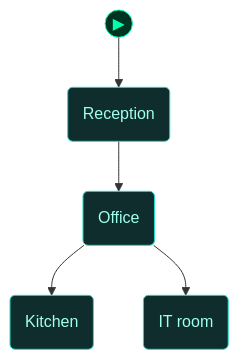
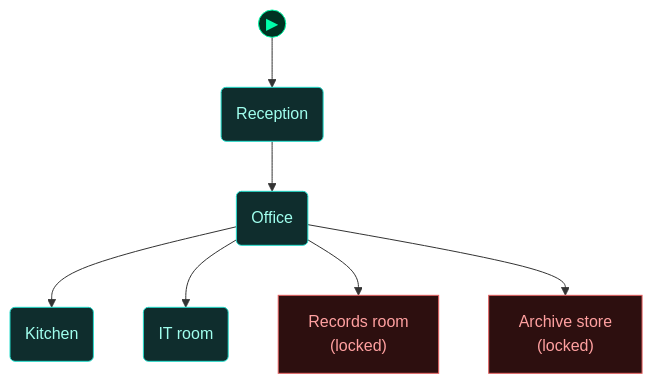
Before and after one commit to cliffe/BreakEscape: the fourth of 5 diagrams in scenarios/demo_ops_second_step/dungeon_graph.md, drawn with Mermaid. The commit also changed other lines of this file and 14 other files, not shown here.

Commit message:
Ops showcase second_step S-8c: second step on locks append (records room, archive store, safe, case, M14 to M17, tests)

````diff
--- a/scenarios/demo_ops_second_step/dungeon_graph.md
+++ b/scenarios/demo_ops_second_step/dungeon_graph.md
@@ -322,33 +372,38 @@
 ```mermaid
 flowchart TD
 
   classDef room      fill:#0f2d2d,stroke:#22ddcc,color:#a0ffee
   classDef lock      fill:#2d0f0f,stroke:#e66060,color:#ffa0a0
   classDef key       fill:#2d0812,stroke:#e66060,color:#ffa0a0
   classDef item      fill:#2d1200,stroke:#e89030,color:#ffcc80
   classDef gate      fill:#111,stroke:#666,color:#eee
   classDef vm        fill:#0c1f40,stroke:#4a90d9,color:#a0c8ff
   classDef flag      fill:#1a0c2d,stroke:#9060d0,color:#cc99ff
   classDef action    fill:#1a1200,stroke:#cc9922,color:#ffee88
   classDef aim       fill:#0d2a0d,stroke:#44cc44,color:#88ff88
   classDef aim_gate  fill:#111111,stroke:#44cc44,color:#44cc44
   classDef container fill:#1a2d1a,stroke:#60b060,color:#a0e0a0
   classDef npc       fill:#2d1f0d,stroke:#d0a050,color:#ffe0a0
   classDef critical  fill:#2a1500,stroke:#ffaa00,color:#ffdd88
   classDef start     fill:#003322,stroke:#00ffaa,color:#00ffaa
 
   node_start(("▶"))
   node_start --> reception
 
   reception("Reception")
   office("Office")
   kitchen("Kitchen")
   it_room("IT room")
+  records_room["Records room<br/>(locked)"]
+  archive_store["Archive store<br/>(locked)"]
 
   reception --> office
   office --> kitchen
   office --> it_room
+  office --> records_room
+  office --> archive_store
 
   class reception,office,kitchen,it_room room
+  class records_room,archive_store lock
   class node_start start
 ```
````
